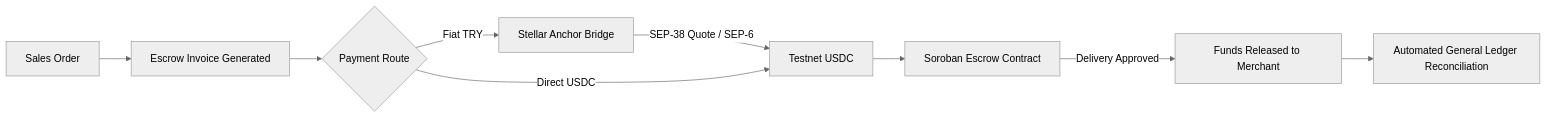
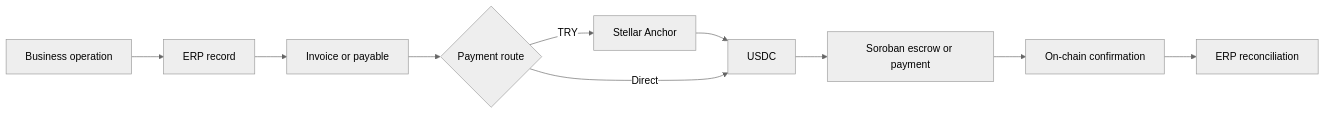
The first of 3 diagrams in README.md (ugurrcoskun/Centerp), drawn with Mermaid (neutral theme) before and after one commit. The commit also changed other lines of this file, not shown here.

````diff
--- a/README.md
+++ b/README.md
@@ -31,11 +51,12 @@
 ```mermaid
 flowchart LR
-    A[Sales Order] --> B[Escrow Invoice Generated]
-    B --> C{Payment Route}
-    C -->|Fiat TRY| D[Stellar Anchor Bridge]
-    D -->|SEP-38 Quote / SEP-6| E[Testnet USDC]
-    C -->|Direct USDC| E
-    E --> F[Soroban Escrow Contract]
-    F -->|Delivery Approved| G[Funds Released to Merchant]
-    G --> H[Automated General Ledger Reconciliation]
+    A[Business operation] --> B[ERP record]
+    B --> C[Invoice or payable]
+    C --> D{Payment route}
+    D -->|TRY| E[Stellar Anchor]
+    E --> F[USDC]
+    D -->|Direct| F
+    F --> G[Soroban escrow or payment]
+    G --> H[On-chain confirmation]
+    H --> I[ERP reconciliation]
 ```
````
